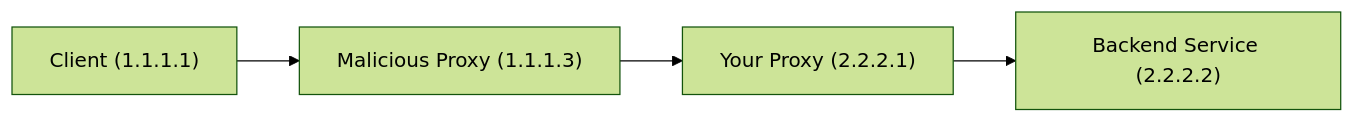
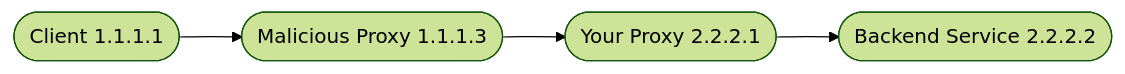
The third of 3 diagrams in app/posts/nginx-get-real-ip/page.mdx (doveyoung1126/my-nextra), drawn with Mermaid (forest theme) before and after one commit. The commit also changed other lines of this file and 1 other file, not shown here.

Commit message:
fix(mermaid): fix flowchart disappeared when press any key in mdx page

````diff
--- a/app/posts/nginx-get-real-ip/page.mdx
+++ b/app/posts/nginx-get-real-ip/page.mdx
@@ -83,4 +83,4 @@
 ```mermaid
-graph LR;
-    Client["Client (1.1.1.1)"] --> MaliciousProxy["Malicious Proxy (1.1.1.3)"]-->Nginx2["Your Proxy (2.2.2.1)"]-->Service["Backend Service (2.2.2.2)"];
+flowchart LR
+    Client([Client 1.1.1.1]) --> MaliciousProxy([Malicious Proxy 1.1.1.3])-->Nginx2([Your Proxy 2.2.2.1])-->Service([Backend Service 2.2.2.2])
 ```
````
